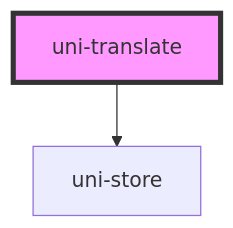
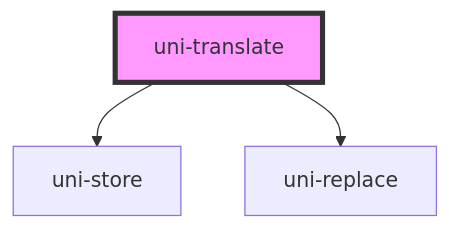
Before and after one commit to uiregex/uni-localize: the diagram in src/translate/components/@main/readme.md, drawn with Mermaid. The commit also changed other lines of this file and 11 other files, not shown here.

````diff
--- a/src/translate/components/@main/readme.md
+++ b/src/translate/components/@main/readme.md
@@ -25,5 +26,6 @@
 ```mermaid
 graph TD;
   uni-translate --> uni-store
+  uni-translate --> uni-replace
   style uni-translate fill:#f9f,stroke:#333,stroke-width:4px
 ```
````
